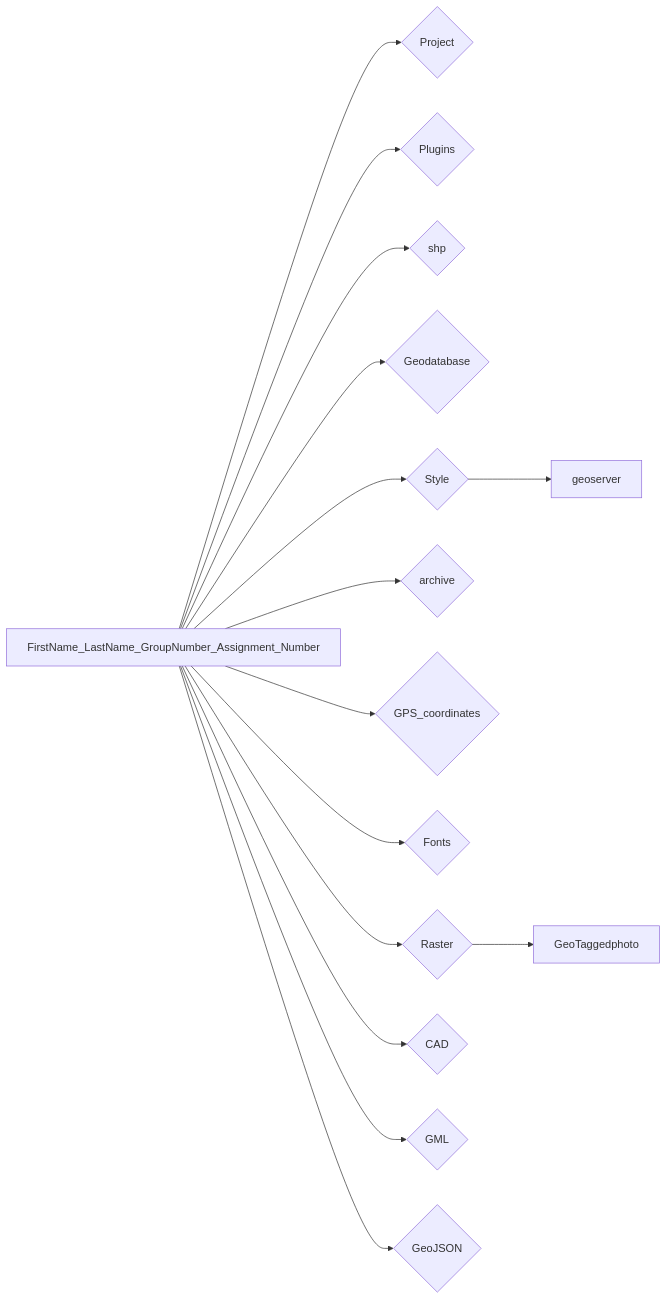
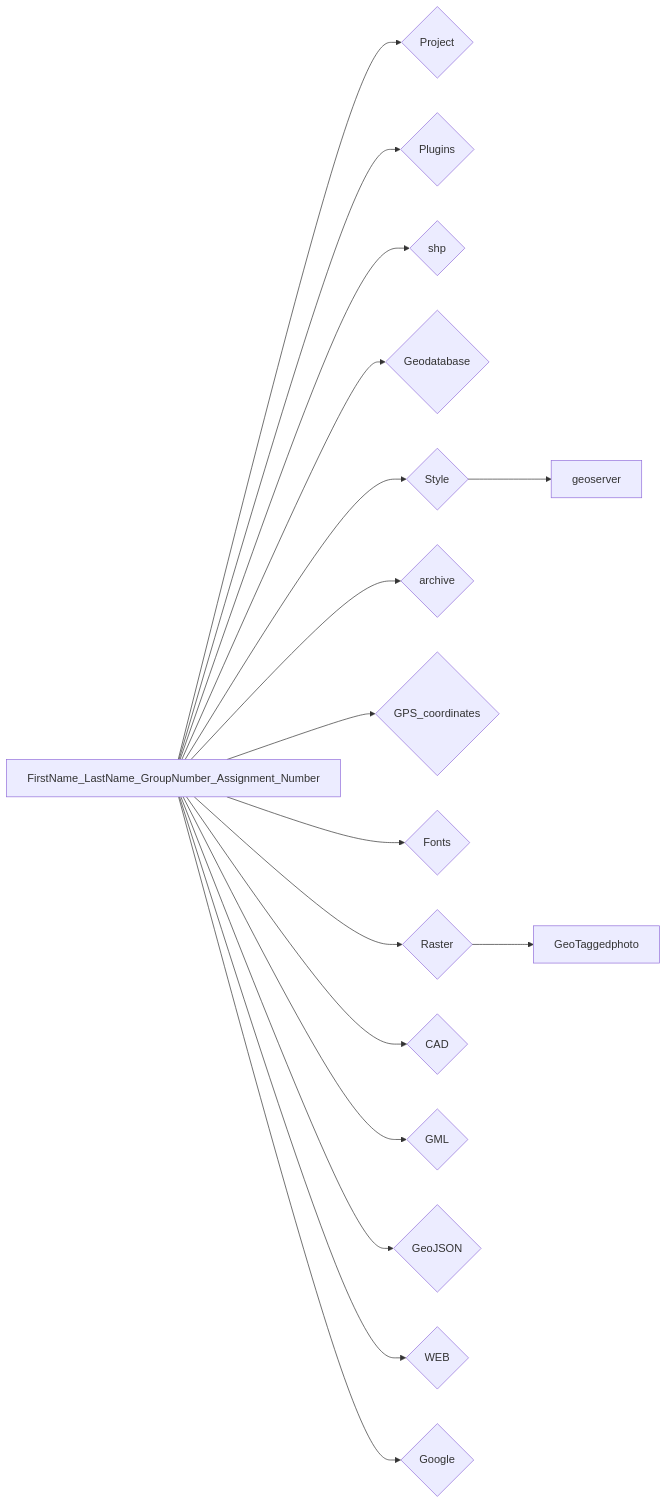
The diagram in docs/GIS_SKA/Lab/WEB_GIS.md (ezdanapak/GTU-GIS), drawn with Mermaid before and after one commit. The commit also changed other lines of this file and 3 other files, not shown here.

````diff
--- a/docs/GIS_SKA/Lab/WEB_GIS.md
+++ b/docs/GIS_SKA/Lab/WEB_GIS.md
@@ -89,19 +79,21 @@
 ``` mermaid
 graph LR
   A[FirstName_LastName_GroupNumber_Assignment_Number] --> B{Project};
   A[FirstName_LastName_GroupNumber_Assignment_Number] --> C{Plugins};
   A[FirstName_LastName_GroupNumber_Assignment_Number] --> D{shp};
   A[FirstName_LastName_GroupNumber_Assignment_Number] --> E{Geodatabase};
   A[FirstName_LastName_GroupNumber_Assignment_Number] --> F{Style};
   A[FirstName_LastName_GroupNumber_Assignment_Number] --> G{archive};
   A[FirstName_LastName_GroupNumber_Assignment_Number] --> H{GPS_coordinates};
   A[FirstName_LastName_GroupNumber_Assignment_Number] --> I{Fonts};
   A[FirstName_LastName_GroupNumber_Assignment_Number] --> J{Raster};
   J --> K[GeoTaggedphoto];
   A[FirstName_LastName_GroupNumber_Assignment_Number] --> L{CAD};
   A[FirstName_LastName_GroupNumber_Assignment_Number] --> M{GML};
   A[FirstName_LastName_GroupNumber_Assignment_Number] --> N{GeoJSON};
   F --> O[geoserver];
+  A[FirstName_LastName_GroupNumber_Assignment_Number] --> P{WEB};
+  A[FirstName_LastName_GroupNumber_Assignment_Number] --> Q{Google};
 
 
 ```
````
